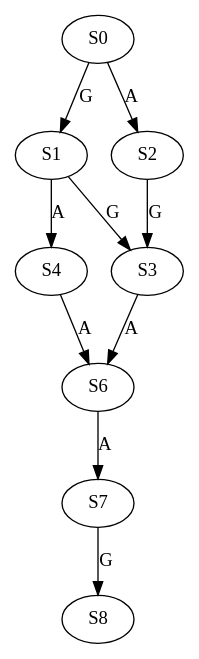
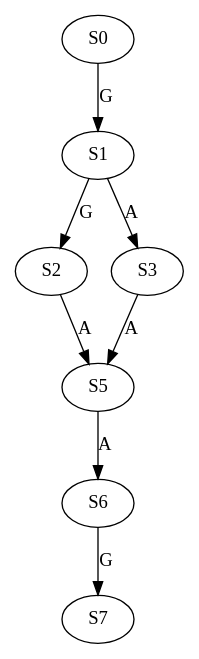
One commit to Kuanhao-Chao/Wheeler_Graph_Toolkit changed the diagram in data/graph/GT_vs_WGT/RevDetG_DNA/Human_BTBD17_orthologues_DNA_l_6_a_4.dot. Above: the diagram before and after it, drawn with Graphviz. The commit also changed 11978 other files, not shown here.

Commit message:
Update data/graph/

```diff
--- a/data/graph/GT_vs_WGT/RevDetG_DNA/Human_BTBD17_orthologues_DNA_l_6_a_4.dot
+++ b/data/graph/GT_vs_WGT/RevDetG_DNA/Human_BTBD17_orthologues_DNA_l_6_a_4.dot
@@ -1,11 +1,9 @@
 strict digraph  {
 	S0 -> S1 [ label = G ];
-	S0 -> S2 [ label = A ];
-	S1 -> S3 [ label = G ];
-	S1 -> S4 [ label = A ];
-	S2 -> S3 [ label = G ];
-	S3 -> S6 [ label = A ];
-	S4 -> S6 [ label = A ];
-	S6 -> S7 [ label = A ];
-	S7 -> S8 [ label = G ];
+	S1 -> S2 [ label = G ];
+	S1 -> S3 [ label = A ];
+	S2 -> S5 [ label = A ];
+	S3 -> S5 [ label = A ];
+	S5 -> S6 [ label = A ];
+	S6 -> S7 [ label = G ];
 }
```
